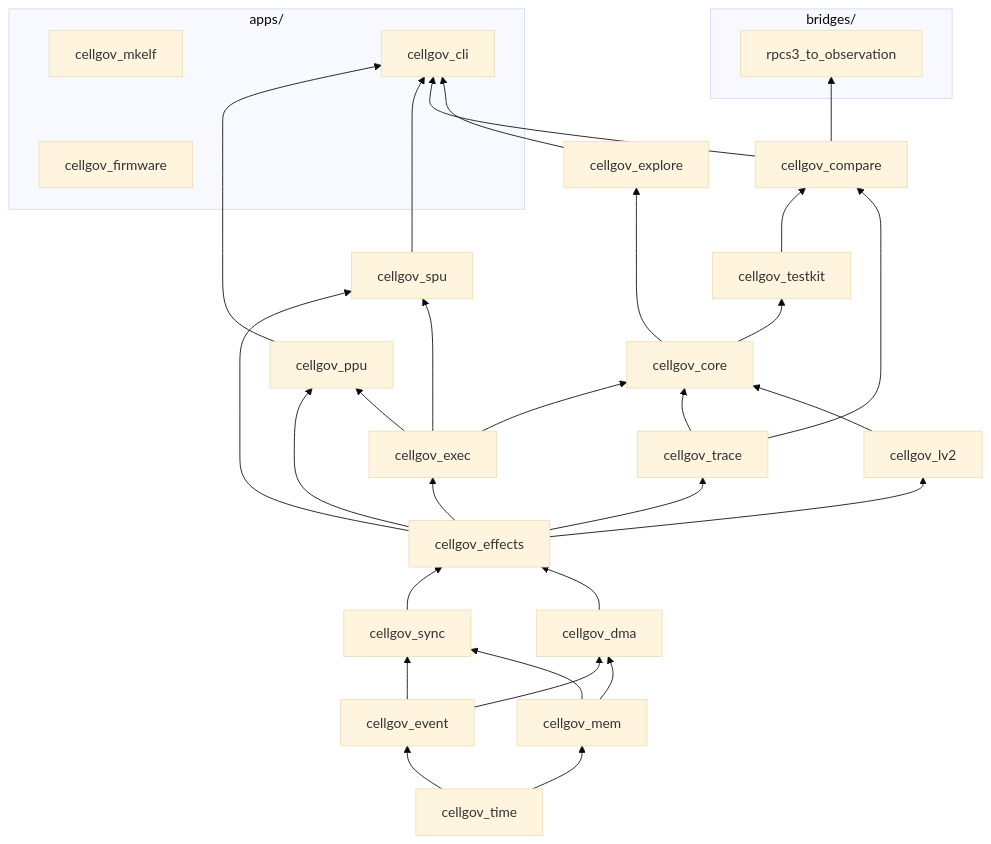
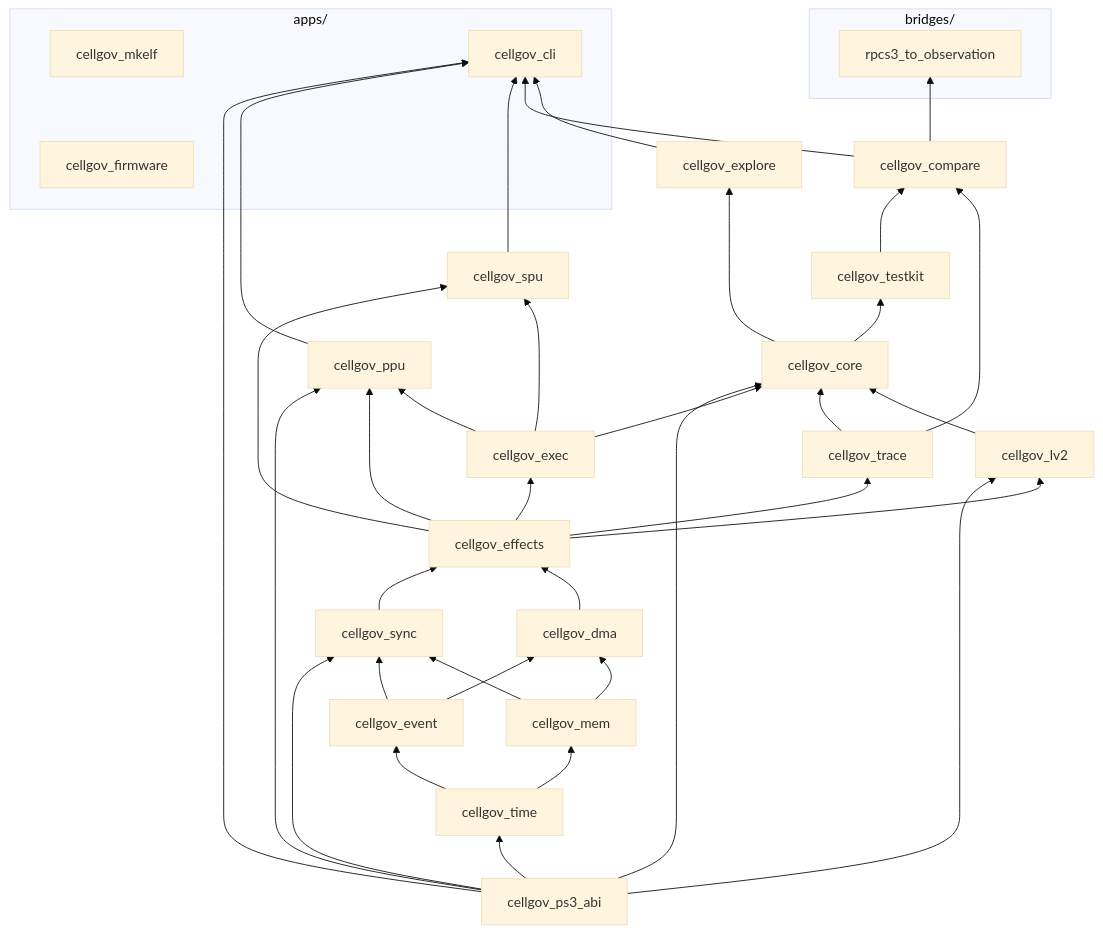
Before and after one commit to RoyalAce22/CellGov: the diagram in docs/architecture.md, drawn with Mermaid (base theme). The commit also changed other lines of this file and 59 other files, not shown here.

````diff
--- a/docs/architecture.md
+++ b/docs/architecture.md
@@ -22,66 +26,74 @@
 ```mermaid
 graph BT
   subgraph apps ["apps/"]
     firmware["cellgov_firmware"]
     mkelf["cellgov_mkelf"]
     cli["cellgov_cli"]
   end
 
   subgraph bridges ["bridges/"]
     rpcs3obs["rpcs3_to_observation"]
   end
 
+  ps3_abi[cellgov_ps3_abi]
   time[cellgov_time]
   event[cellgov_event]
   mem[cellgov_mem]
   sync[cellgov_sync]
   dma[cellgov_dma]
   effects[cellgov_effects]
   exec[cellgov_exec]
   trace[cellgov_trace]
   lv2[cellgov_lv2]
   core[cellgov_core]
   ppu[cellgov_ppu]
   spu[cellgov_spu]
   testkit[cellgov_testkit]
   explore[cellgov_explore]
   compare[cellgov_compare]
+
+  ps3_abi --> time
+  ps3_abi --> sync
+  ps3_abi --> lv2
+  ps3_abi --> ppu
+  ps3_abi --> core
+  ps3_abi --> cli
 
   time --> event
   time --> mem
 
   event --> sync
   event --> dma
   mem --> sync
   mem --> dma
 
   sync --> effects
   dma --> effects
 
   effects --> exec
   effects --> trace
   effects --> lv2
   effects --> ppu
   effects --> spu
 
   exec --> core
   exec --> ppu
   exec --> spu
   trace --> core
   lv2 --> core
 
   core --> testkit
   core --> explore
 
   testkit --> compare
   trace --> compare
 
   ppu --> cli
   spu --> cli
   compare --> cli
   explore --> cli
   compare --> rpcs3obs
 
   ppu ~~~ spu
   firmware ~~~ mkelf
 ```
````
